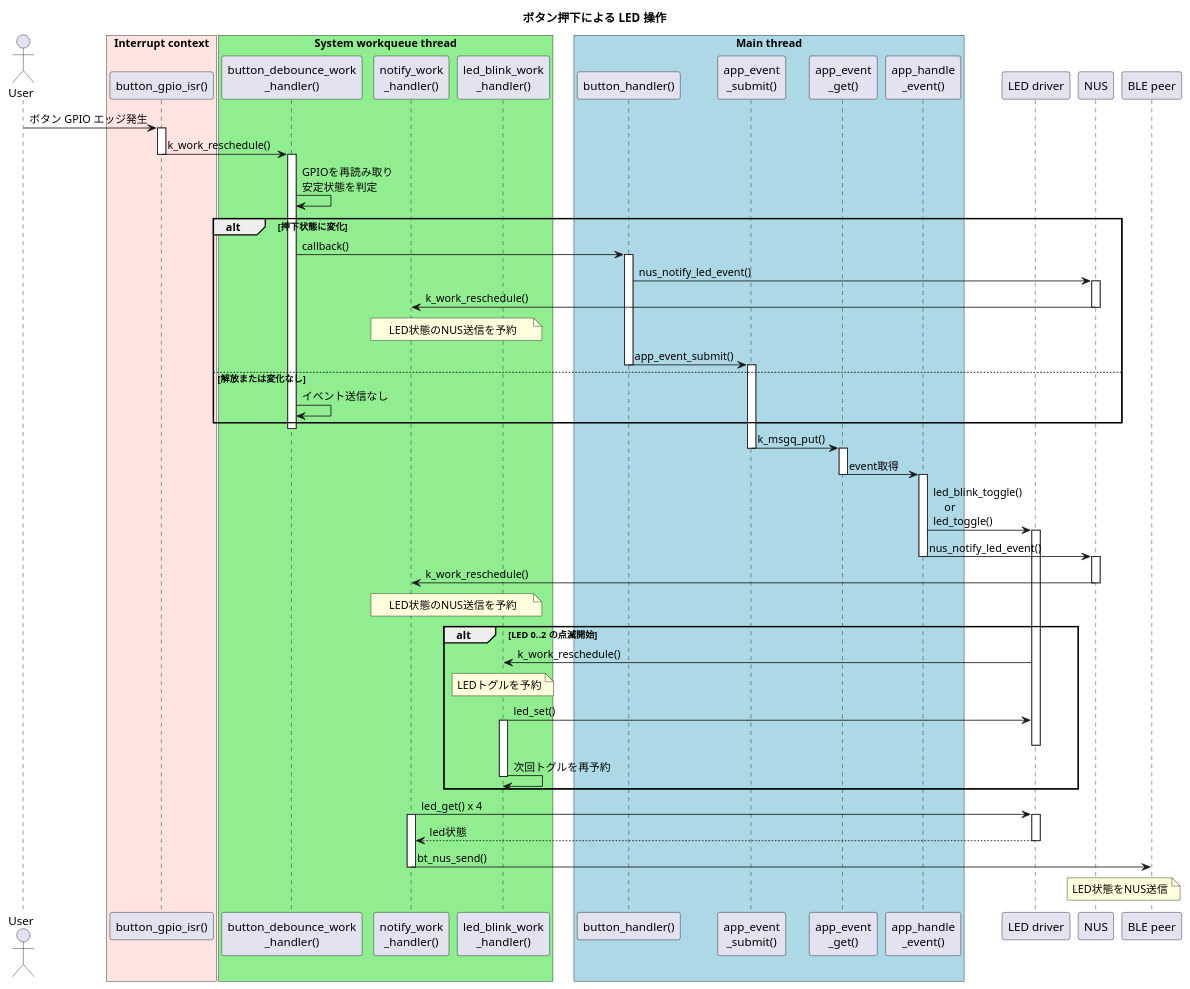
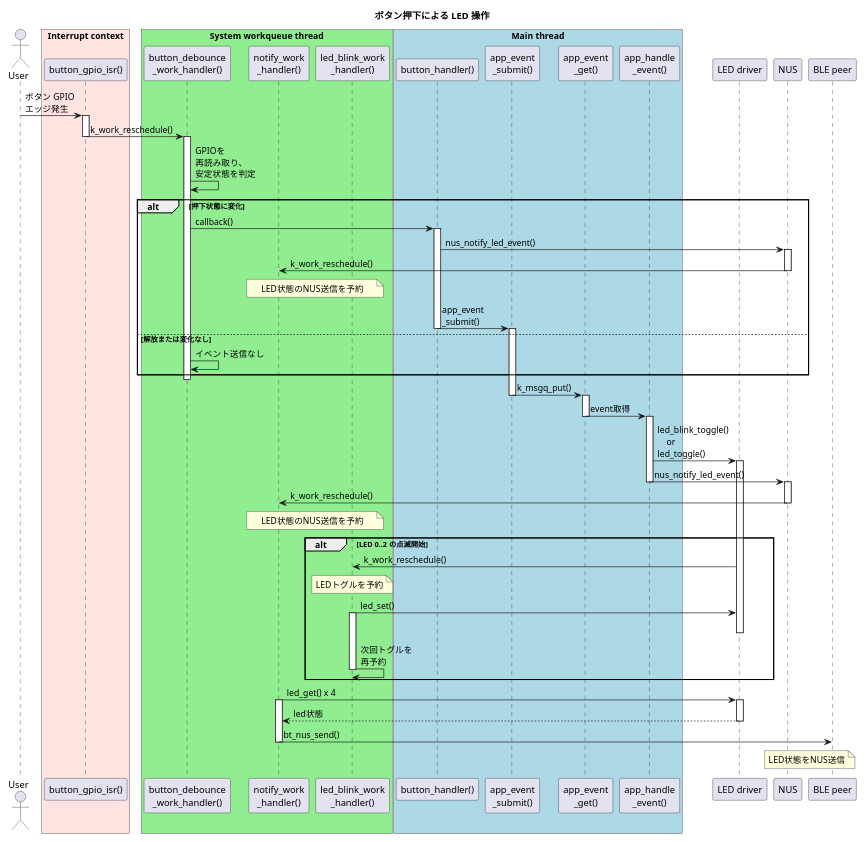
One commit to hayaya8810/nRF52_tutolial changed the third of 6 diagrams in documents/specification.md. Above: the diagram before and after it, drawn with PlantUML. The commit also changed other lines of this file and 5 other files, not shown here.

````diff
--- a/documents/specification.md
+++ b/documents/specification.md
@@ -304,5 +305,6 @@
 ```plantuml
 @startuml
+scale 0.8
 title ボタン押下による LED 操作
 
 actor User
@@ -312,7 +314,7 @@
 end box
 
 box "System workqueue thread" #LightGreen
-participant "button_debounce_work\n_handler()" as Debounce
+participant "button_debounce\n_work_handler()" as Debounce
 participant "notify_work\n_handler()" as Notify
 participant "led_blink_work\n_handler()" as Blink
 end box
@@ -328,12 +330,12 @@
 participant "NUS" as Nus
 participant "BLE peer" as Peer
 
-User -> ISR: ボタン GPIO エッジ発生
+User -> ISR: ボタン GPIO\nエッジ発生
 activate ISR
 ISR -> Debounce: k_work_reschedule()
 deactivate ISR
 activate Debounce
-Debounce -> Debounce: GPIOを再読み取り\n安定状態を判定
+Debounce -> Debounce: GPIOを\n再読み取り、\n安定状態を判定
 alt 押下状態に変化
   Debounce -> Handler: callback()
   activate Handler
@@ -344,7 +346,7 @@
     LED状態のNUS送信を予約
   end note
   deactivate Nus
-  Handler -> Submit: app_event_submit()
+  Handler -> Submit: app_event\n_submit()
   deactivate Handler
   activate Submit
 else 解放または変化なし
@@ -377,7 +379,7 @@
   Blink -> Led: led_set()
   activate Blink
   deactivate Led
-  Blink -> Blink: 次回トグルを再予約
+  Blink -> Blink: 次回トグルを\n再予約
   deactivate Blink
 end
 
````
